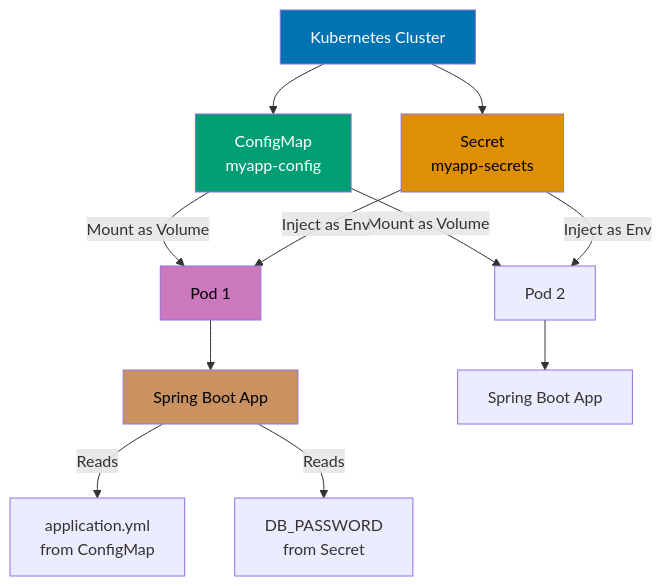
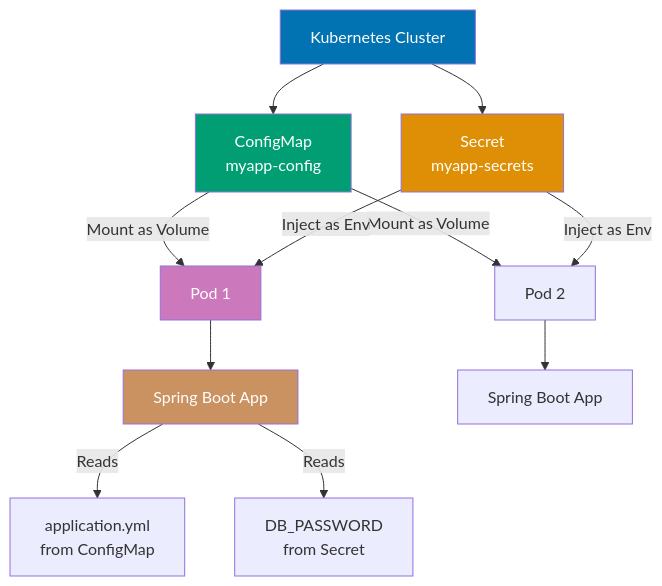
Before and after one commit to wahidyankf/open-sharia-enterprise: the sixth of 10 diagrams in apps/ayokoding-web/content/en/learn/software-engineering/platform-web/tools/jvm-spring-boot/by-example/advanced.md, drawn with Mermaid. The commit also changed other lines of this file and 61 other files, not shown here.

First line of the commit message:
fix(ayokoding-web): quote Mermaid node labels with special characters in Example 63

````diff
--- a/apps/ayokoding-web/content/en/learn/software-engineering/platform-web/tools/jvm-spring-boot/by-example/advanced.md
+++ b/apps/ayokoding-web/content/en/learn/software-engineering/platform-web/tools/jvm-spring-boot/by-example/advanced.md
@@ -2612,23 +2612,23 @@
 ```mermaid
 %% Color Palette: Blue #0173B2, Orange #DE8F05, Teal #029E73, Purple #CC78BC, Brown #CA9161
 graph TD
     K8s[Kubernetes Cluster] --> CM[ConfigMap<br/>myapp-config]
     K8s --> Secret[Secret<br/>myapp-secrets]
 
     CM -->|Mount as Volume| Pod1[Pod 1]
     CM -->|Mount as Volume| Pod2[Pod 2]
     Secret -->|Inject as Env| Pod1
     Secret -->|Inject as Env| Pod2
 
     Pod1 --> App1[Spring Boot App]
     Pod2 --> App2[Spring Boot App]
 
     App1 -->|Reads| Config[application.yml<br/>from ConfigMap]
     App1 -->|Reads| Env[DB_PASSWORD<br/>from Secret]
 
     style K8s fill:#0173B2,color:#fff
     style CM fill:#029E73,color:#fff
-    style Secret fill:#DE8F05,color:#000
-    style Pod1 fill:#CC78BC,color:#000
-    style App1 fill:#CA9161,color:#000
+    style Secret fill:#DE8F05,color:#fff
+    style Pod1 fill:#CC78BC,color:#fff
+    style App1 fill:#CA9161,color:#fff
 ```
````
